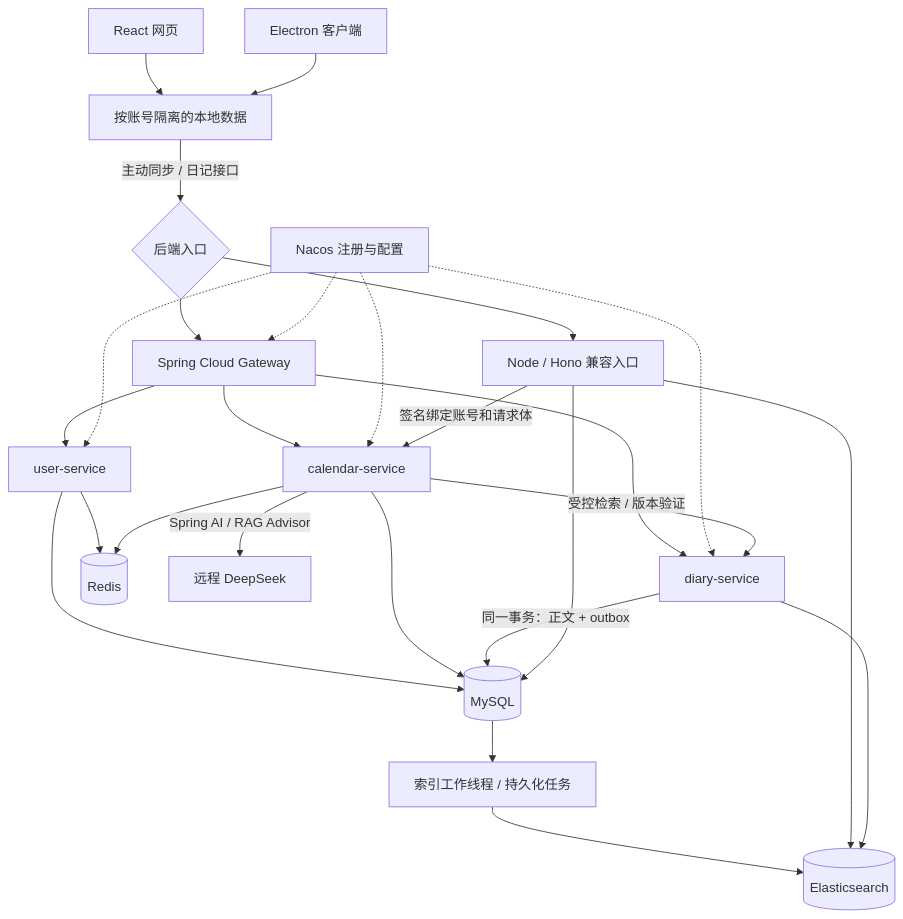
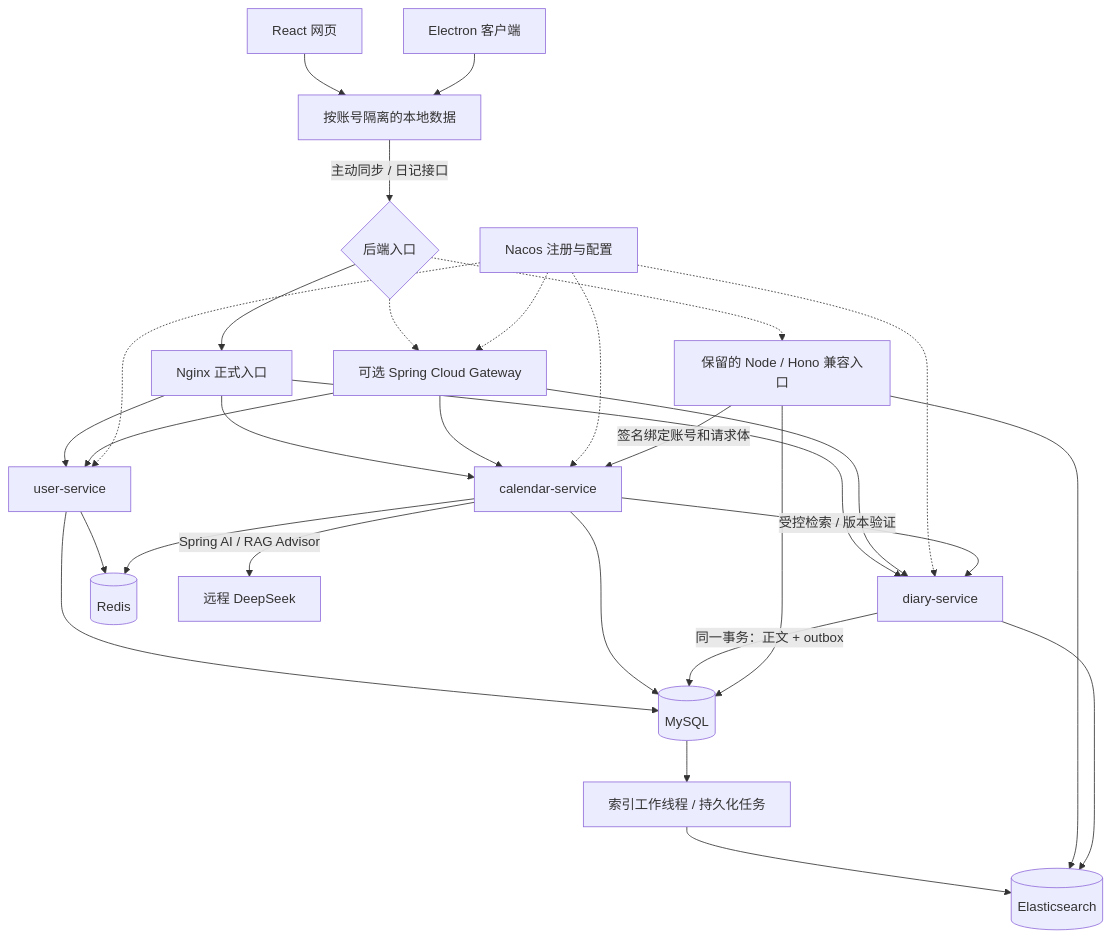
The diagram in README.md (cdew359/my-life-calendar), drawn with Mermaid before and after one commit. The commit also changed other lines of this file and 42 other files, not shown here.

First line of the commit message:
feat: finalize AI integration and Nginx Cloud deployment

````diff
--- a/README.md
+++ b/README.md
@@ -64,28 +64,32 @@
 ```mermaid
 flowchart TD
   Web[React 网页] --> Local[按账号隔离的本地数据]
   Desktop[Electron 客户端] --> Local
   Local -->|主动同步 / 日记接口| Entry{后端入口}
-  Entry --> Gateway[Spring Cloud Gateway]
-  Entry --> Node[Node / Hono 兼容入口]
+  Entry --> Nginx[Nginx 正式入口]
+  Entry -.-> Gateway[可选 Spring Cloud Gateway]
+  Entry -.-> Node[保留的 Node / Hono 兼容入口]
+  Nginx --> User
+  Nginx --> Calendar
+  Nginx --> Diary
   Gateway --> User[user-service]
   Gateway --> Calendar[calendar-service]
   Gateway --> Diary[diary-service]
   Nacos[Nacos 注册与配置] -.-> Gateway
   Nacos -.-> User
   Nacos -.-> Calendar
   Nacos -.-> Diary
   User --> Redis[(Redis)]
   User --> DB[(MySQL)]
   Calendar --> DB
   Diary -->|同一事务：正文 + outbox| DB
   DB --> Worker[索引工作线程 / 持久化任务]
   Worker --> ES[(Elasticsearch)]
   Node --> DB
   Node --> ES
   Node -->|签名绑定账号和请求体| Calendar
   Calendar -->|受控检索 / 版本验证| Diary
   Diary --> ES
   Calendar --> Redis
   Calendar -->|Spring AI / RAG Advisor| Model[远程 DeepSeek]
 ```
````
